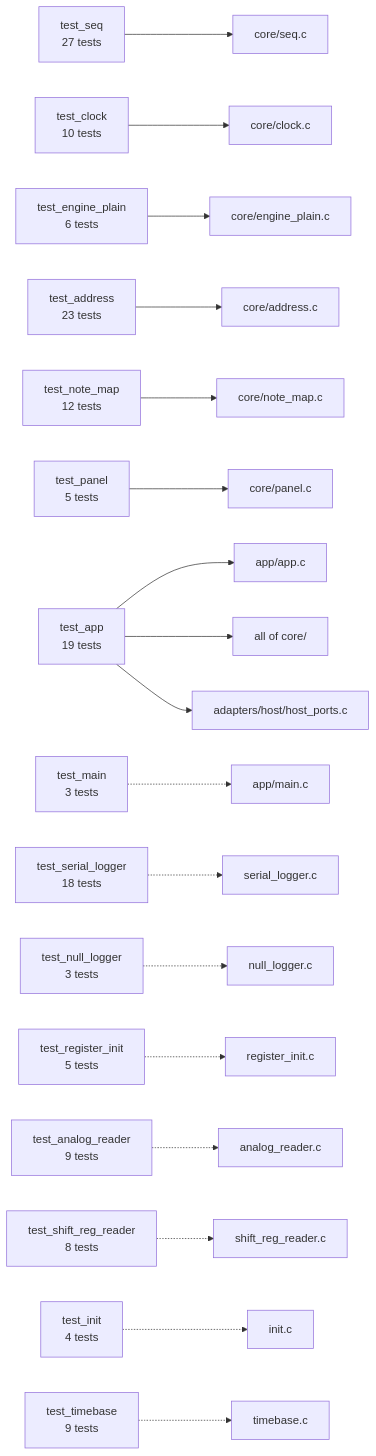
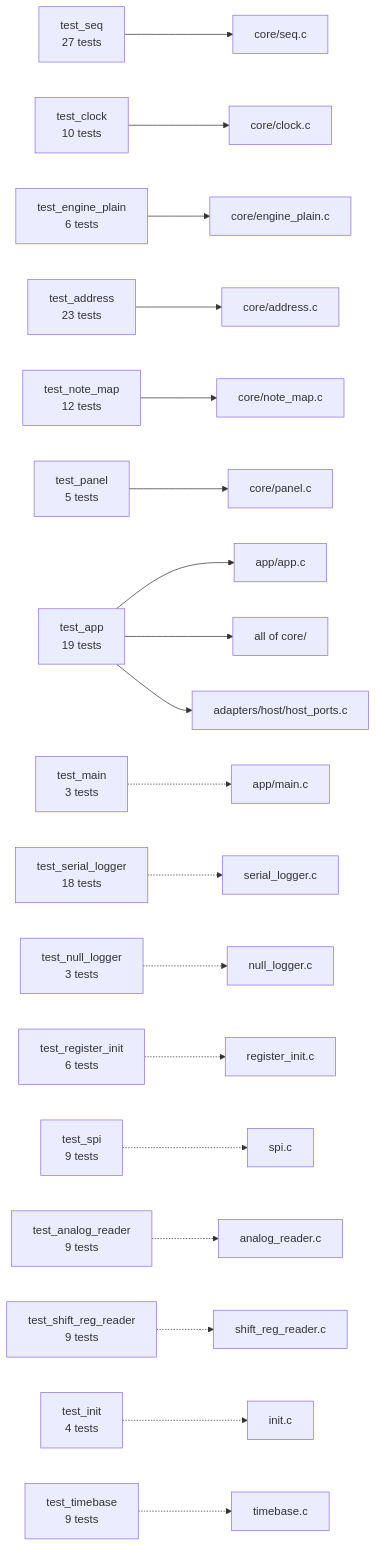
Diagram 15 of 19 in docs/ARCHITECTURE.md (BonelessPig/nano_sequencer), drawn with Mermaid before and after one commit. The commit also changed other lines of this file and 26 other files, not shown here.

````diff
--- a/docs/ARCHITECTURE.md
+++ b/docs/ARCHITECTURE.md
@@ -543,20 +562,21 @@
 ```mermaid
 flowchart LR
     t_seq["test_seq<br/>27 tests"] --> seq["core/seq.c"]
     t_clock["test_clock<br/>10 tests"] --> clock["core/clock.c"]
     t_engine["test_engine_plain<br/>6 tests"] --> engine["core/engine_plain.c"]
     t_address["test_address<br/>23 tests"] --> address["core/address.c"]
     t_note["test_note_map<br/>12 tests"] --> note["core/note_map.c"]
     t_panel["test_panel<br/>5 tests"] --> panel["core/panel.c"]
     t_app["test_app<br/>19 tests"] --> app["app/app.c"]
     t_app --> core["all of core/"]
     t_app --> hostp["adapters/host/host_ports.c"]
     t_main["test_main<br/>3 tests"] -.-> mainc["app/main.c"]
     t_ser["test_serial_logger<br/>18 tests"] -.-> ser["serial_logger.c"]
     t_null["test_null_logger<br/>3 tests"] -.-> nul["null_logger.c"]
-    t_reg["test_register_init<br/>5 tests"] -.-> reg["register_init.c"]
+    t_reg["test_register_init<br/>6 tests"] -.-> reg["register_init.c"]
+    t_spi["test_spi<br/>9 tests"] -.-> spi["spi.c"]
     t_adc["test_analog_reader<br/>9 tests"] -.-> adc["analog_reader.c"]
-    t_shift["test_shift_reg_reader<br/>8 tests"] -.-> shift["shift_reg_reader.c"]
+    t_shift["test_shift_reg_reader<br/>9 tests"] -.-> shift["shift_reg_reader.c"]
     t_init["test_init<br/>4 tests"] -.-> init["init.c"]
     t_time["test_timebase<br/>9 tests"] -.-> time["timebase.c"]
 ```
````
